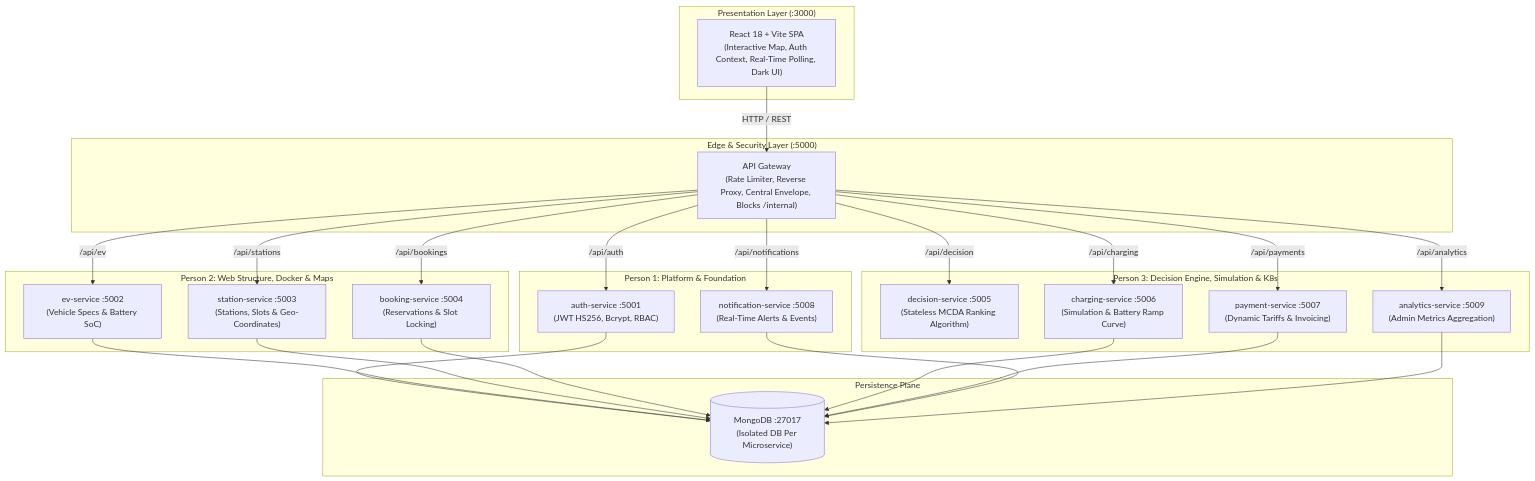
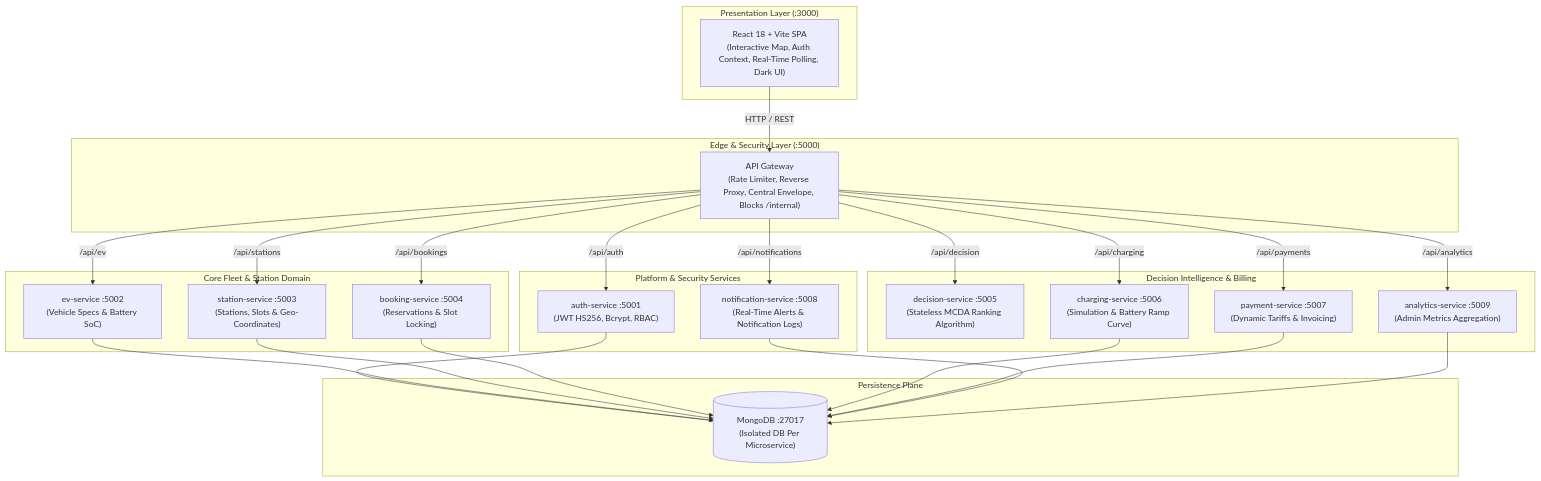
One commit to classaxar/Autonomous-EV-Charging-System changed the diagram in README.md. Above: the diagram before and after it, drawn with Mermaid. The commit also changed other lines of this file, not shown here.

````diff
--- a/README.md
+++ b/README.md
@@ -32,45 +33,45 @@
 ```mermaid
 flowchart TB
     subgraph Clients["Presentation Layer (:3000)"]
         UI["React 18 + Vite SPA\n(Interactive Map, Auth Context, Real-Time Polling, Dark UI)"]
     end
 
     subgraph Edge["Edge & Security Layer (:5000)"]
         GW["API Gateway\n(Rate Limiter, Reverse Proxy, Central Envelope, Blocks /internal)"]
     end
 
-    subgraph Platform["Person 1: Platform & Foundation"]
+    subgraph Platform["Platform & Security Services"]
         AUTH["auth-service :5001\n(JWT HS256, Bcrypt, RBAC)"]
-        NOTIF["notification-service :5008\n(Real-Time Alerts & Events)"]
+        NOTIF["notification-service :5008\n(Real-Time Alerts & Notification Logs)"]
     end
 
-    subgraph CoreDomain["Person 2: Web Structure, Docker & Maps"]
+    subgraph CoreDomain["Core Fleet & Station Domain"]
         EV["ev-service :5002\n(Vehicle Specs & Battery SoC)"]
         STATION["station-service :5003\n(Stations, Slots & Geo-Coordinates)"]
         BOOKING["booking-service :5004\n(Reservations & Slot Locking)"]
     end
 
-    subgraph Intelligence["Person 3: Decision Engine, Simulation & K8s"]
+    subgraph Intelligence["Decision Intelligence & Billing"]
         DECISION["decision-service :5005\n(Stateless MCDA Ranking Algorithm)"]
         CHARGING["charging-service :5006\n(Simulation & Battery Ramp Curve)"]
         PAYMENT["payment-service :5007\n(Dynamic Tariffs & Invoicing)"]
         ANALYTICS["analytics-service :5009\n(Admin Metrics Aggregation)"]
     end
 
     subgraph Storage["Persistence Plane"]
         DB[("MongoDB :27017\n(Isolated DB Per Microservice)")]
     end
 
     UI -->|HTTP / REST| GW
     GW -->|/api/auth| AUTH
     GW -->|/api/ev| EV
     GW -->|/api/stations| STATION
     GW -->|/api/bookings| BOOKING
     GW -->|/api/decision| DECISION
     GW -->|/api/charging| CHARGING
     GW -->|/api/payments| PAYMENT
     GW -->|/api/notifications| NOTIF
     GW -->|/api/analytics| ANALYTICS
 
     AUTH & EV & STATION & BOOKING & CHARGING & PAYMENT & NOTIF & ANALYTICS --> DB
 ```
````
